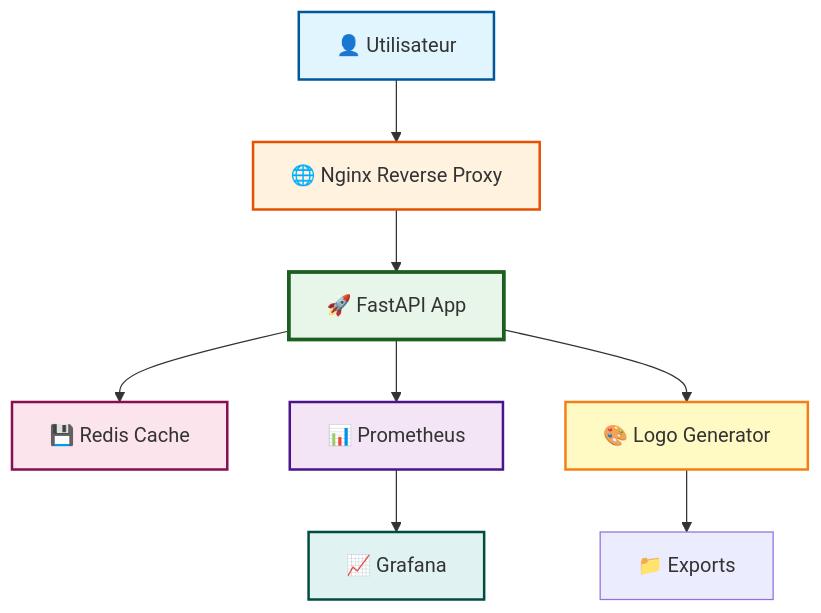
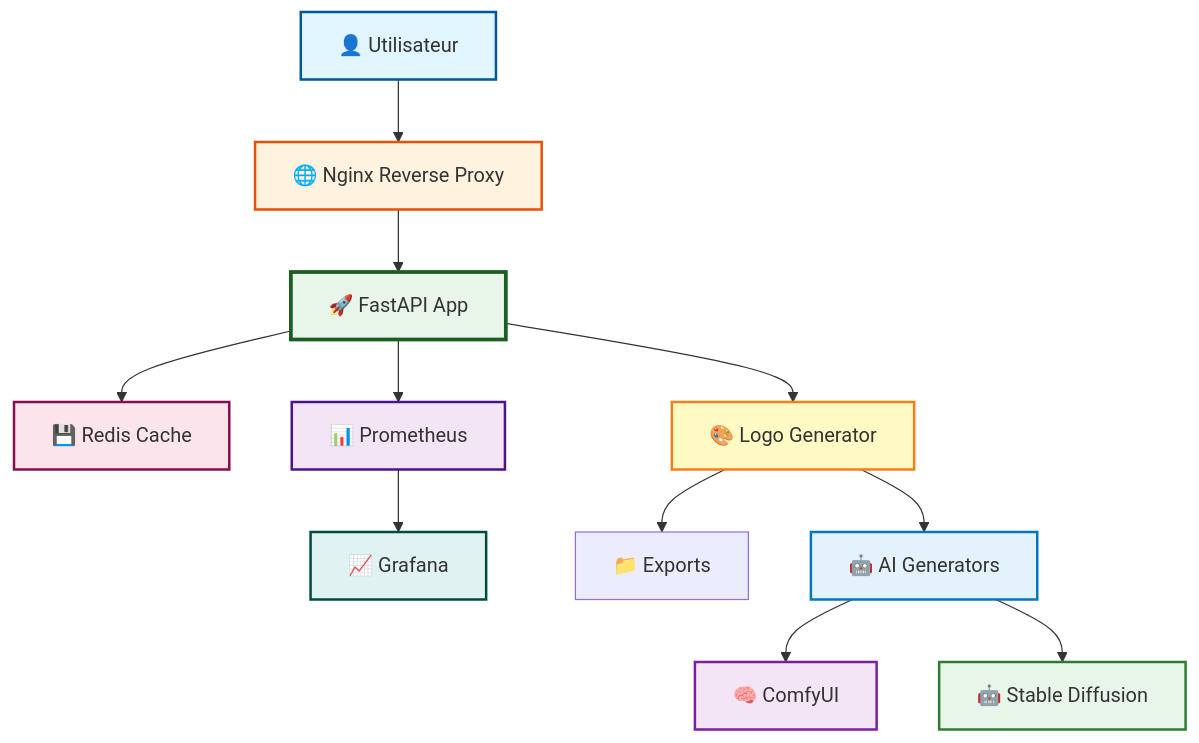
One commit to arkalia-luna-system/Arkalia-luna-logo changed the diagram in README.md. Above: the diagram before and after it, drawn with Mermaid. The commit also changed other lines of this file, not shown here.

````diff
--- a/README.md
+++ b/README.md
@@ -645,19 +841,25 @@
 ```mermaid
 graph TB
     A[👤 Utilisateur] --> B[🌐 Nginx Reverse Proxy]
     B --> C[🚀 FastAPI App]
     C --> D[💾 Redis Cache]
     C --> E[📊 Prometheus]
     E --> F[📈 Grafana]
     
     C --> G[🎨 Logo Generator]
     G --> H[📁 Exports]
+    G --> I[🤖 AI Generators]
+    I --> J[🧠 ComfyUI]
+    I --> K[🤖 Stable Diffusion]
     
     style A fill:#e1f5fe,stroke:#01579b,stroke-width:2px
     style B fill:#fff3e0,stroke:#e65100,stroke-width:2px
     style C fill:#e8f5e9,stroke:#1b5e20,stroke-width:3px
     style D fill:#fce4ec,stroke:#880e4f,stroke-width:2px
     style E fill:#f3e5f5,stroke:#4a148c,stroke-width:2px
     style F fill:#e0f2f1,stroke:#004d40,stroke-width:2px
     style G fill:#fff9c4,stroke:#f57f17,stroke-width:2px
+    style I fill:#e3f2fd,stroke:#0277bd,stroke-width:2px
+    style J fill:#f3e5f5,stroke:#7b1fa2,stroke-width:2px
+    style K fill:#e8f5e9,stroke:#2e7d32,stroke-width:2px
 ```
````
